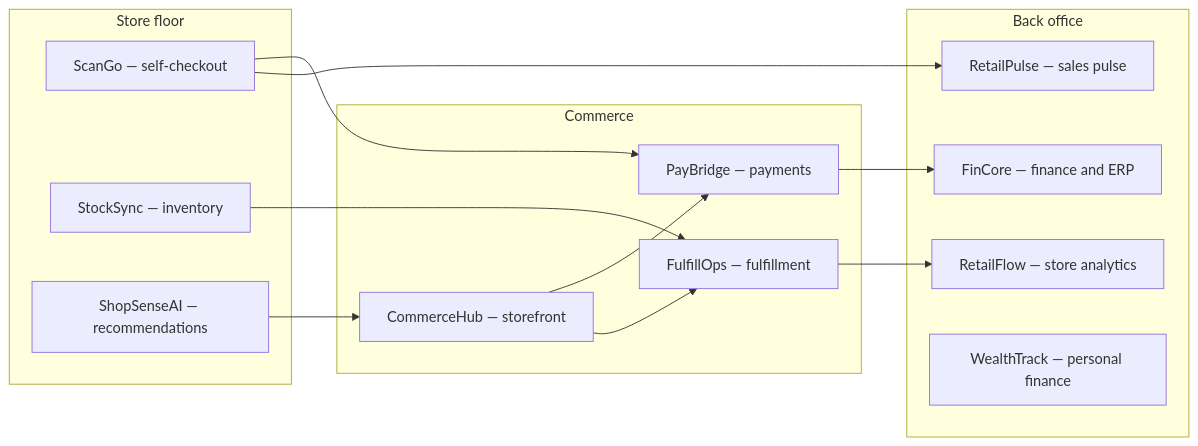
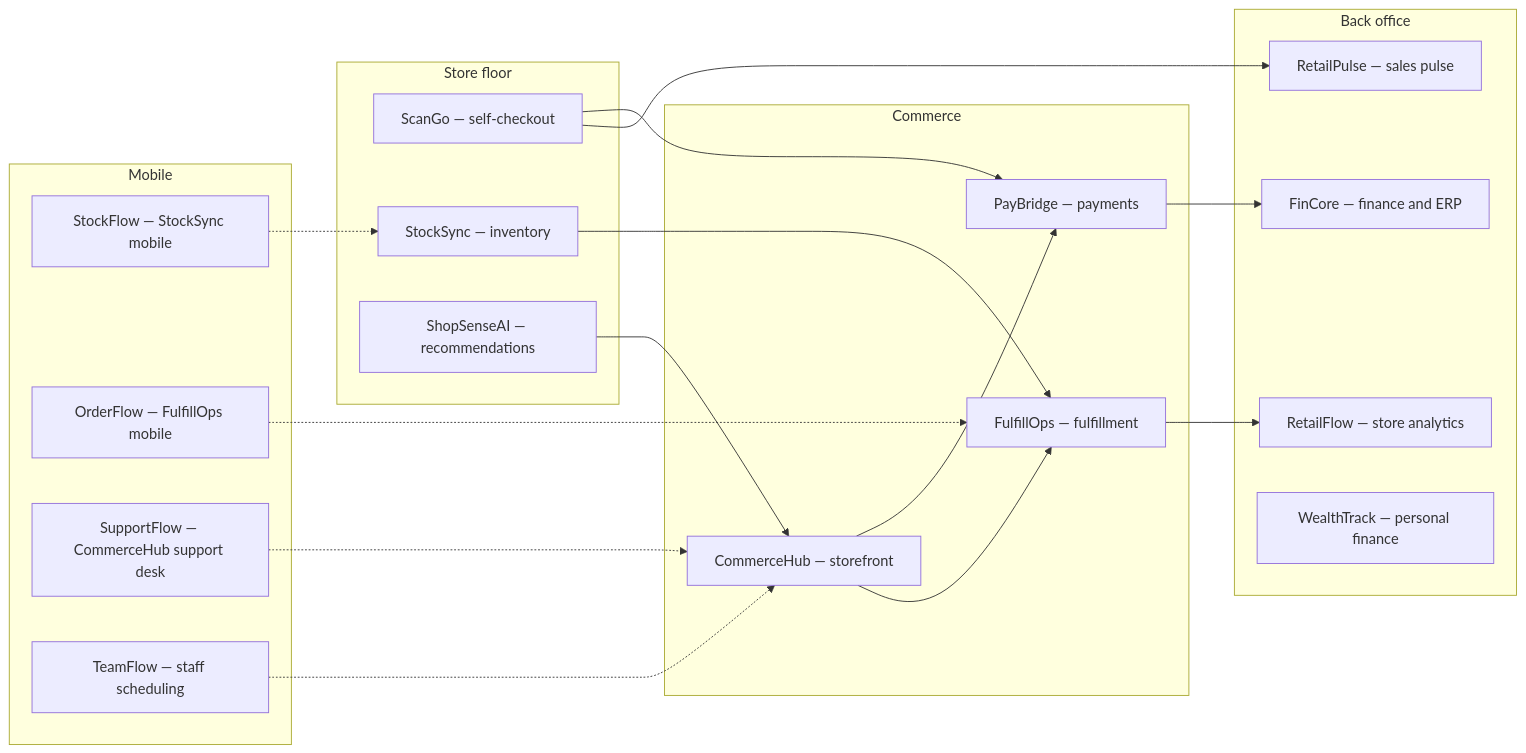
Before and after one commit to gopichand-retail-apps/.github: the diagram in profile/README.md, drawn with Mermaid. The commit also changed other lines of this file, not shown here.

First line of the commit message:
Add mobile apps to org profile

````diff
--- a/profile/README.md
+++ b/profile/README.md
@@ -27,27 +31,37 @@
 ```mermaid
 flowchart LR
     subgraph Store floor
         ScanGo[ScanGo — self-checkout]
         StockSync[StockSync — inventory]
         ShopSense[ShopSenseAI — recommendations]
     end
     subgraph Commerce
         CommerceHub[CommerceHub — storefront]
         PayBridge[PayBridge — payments]
         FulfillOps[FulfillOps — fulfillment]
     end
     subgraph Back office
         RetailFlow[RetailFlow — store analytics]
         RetailPulse[RetailPulse — sales pulse]
         FinCore[FinCore — finance and ERP]
         WealthTrack[WealthTrack — personal finance]
     end
+    subgraph Mobile
+        StockSyncMobile[StockFlow — StockSync mobile]
+        FulfillOpsMobile[OrderFlow — FulfillOps mobile]
+        CommerceHubMobile[SupportFlow — CommerceHub support desk]
+        TeamFlowMobile[TeamFlow — staff scheduling]
+    end
+    StockSyncMobile -.-> StockSync
+    FulfillOpsMobile -.-> FulfillOps
+    CommerceHubMobile -.-> CommerceHub
+    TeamFlowMobile -.-> CommerceHub
     ScanGo --> PayBridge
     CommerceHub --> PayBridge
     CommerceHub --> FulfillOps
     StockSync --> FulfillOps
     ShopSense --> CommerceHub
     PayBridge --> FinCore
     FulfillOps --> RetailFlow
     ScanGo --> RetailPulse
 ```
````
